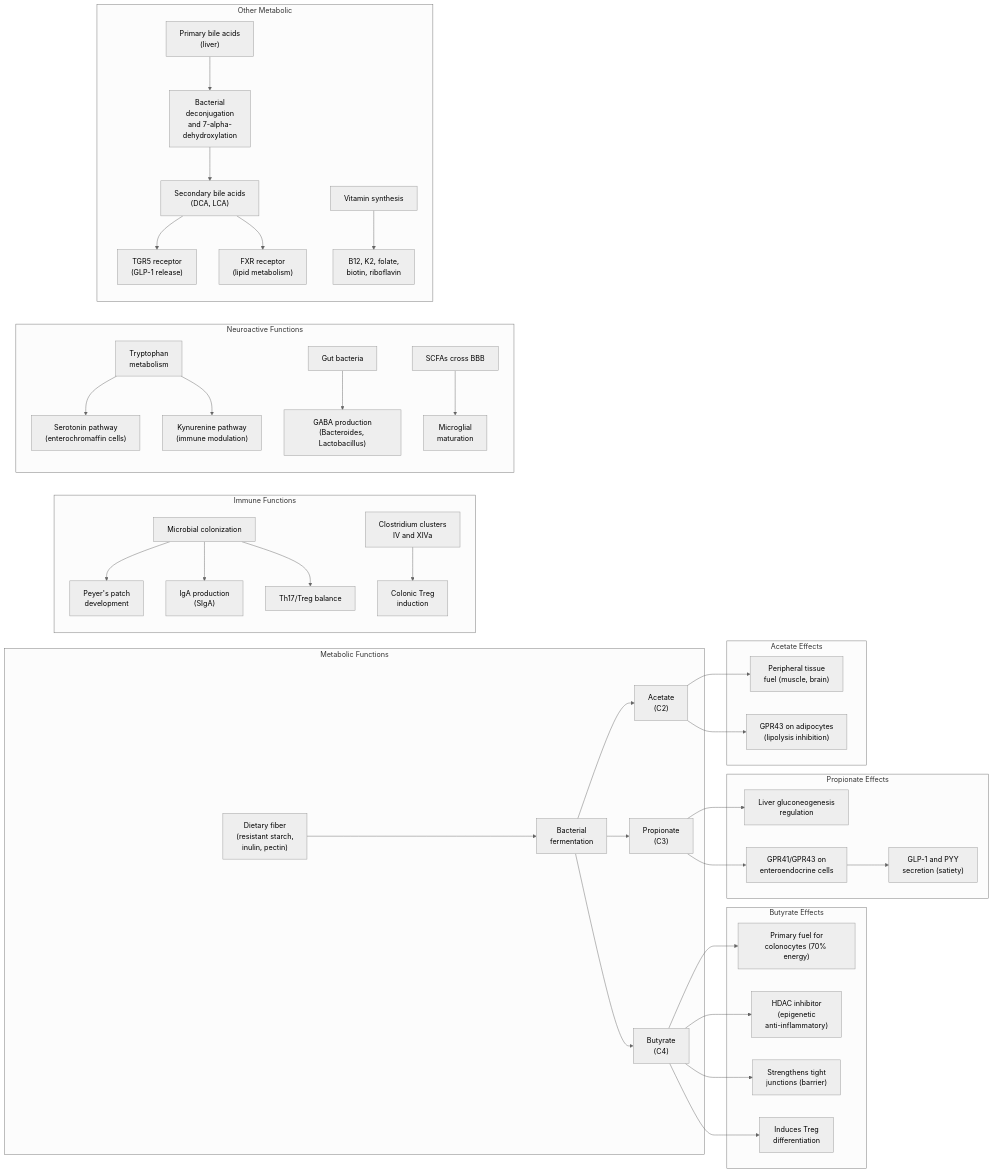
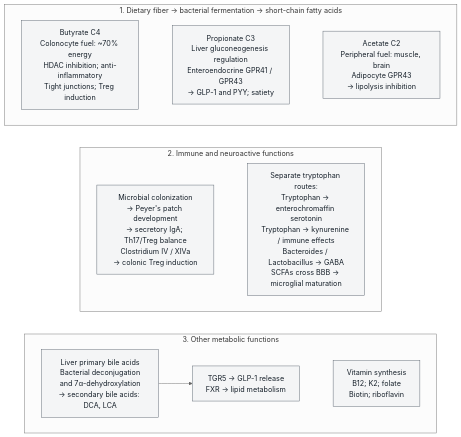
The second of 4 diagrams in docs/manuscript/unit_VII/microbial_ecology.md (docxology/biology_textbook), drawn with Mermaid (neutral theme) before and after one commit. The commit also changed other lines of this file and 41 other files, not shown here.

````diff
--- a/docs/manuscript/unit_VII/microbial_ecology.md
+++ b/docs/manuscript/unit_VII/microbial_ecology.md
@@ -421,49 +421,28 @@
 ```mermaid
-graph LR
-    subgraph "Metabolic Functions"
-        A["Dietary fiber\n(resistant starch,\ninulin, pectin)"] --> B["Bacterial\nfermentation"]
-        B --> C["Butyrate\n(C4)"]
-        B --> D["Propionate\n(C3)"]
-        B --> E["Acetate\n(C2)"]
+---
+config:
+  layout: dagre
+---
+flowchart TB
+    subgraph SCFA["1. Dietary fiber → bacterial fermentation → short-chain fatty acids"]
+        direction LR
+        BUT["Butyrate C4<br/>Colonocyte fuel: ~70% energy<br/>HDAC inhibition; anti-inflammatory<br/>Tight junctions; Treg induction"]
+        PROP["Propionate C3<br/>Liver gluconeogenesis regulation<br/>Enteroendocrine GPR41 / GPR43<br/>→ GLP-1 and PYY; satiety"]
+        ACE["Acetate C2<br/>Peripheral fuel: muscle, brain<br/>Adipocyte GPR43<br/>→ lipolysis inhibition"]
+        BUT ~~~ PROP ~~~ ACE
     end
-
-    subgraph "Butyrate Effects"
-        C --> F["Primary fuel for\ncolonocytes (70% energy)"]
-        C --> G["HDAC inhibitor\n(epigenetic\nanti-inflammatory)"]
-        C --> H["Strengthens tight\njunctions (barrier)"]
-        C --> I["Induces Treg\ndifferentiation"]
+    subgraph IMMUNE["2. Immune and neuroactive functions"]
+        direction LR
+        IMM["Microbial colonization<br/>→ Peyer's patch development<br/>→ secretory IgA; Th17/Treg balance<br/>Clostridium IV / XIVa<br/>→ colonic Treg induction"]
+        NEURO["Separate tryptophan routes:<br/>Tryptophan → enterochromaffin serotonin<br/>Tryptophan → kynurenine / immune effects<br/>Bacteroides / Lactobacillus → GABA<br/>SCFAs cross BBB → microglial maturation"]
+        IMM ~~~ NEURO
     end
-
-    subgraph "Propionate Effects"
-        D --> J["Liver gluconeogenesis\nregulation"]
-        D --> K["GPR41/GPR43 on\nenteroendocrine cells"]
-        K --> L["GLP-1 and PYY\nsecretion (satiety)"]
+    subgraph OTHER["3. Other metabolic functions"]
+        direction LR
+        BILE["Liver primary bile acids<br/>Bacterial deconjugation<br/>and 7α-dehydroxylation<br/>→ secondary bile acids: DCA, LCA"] --> REC["TGR5 → GLP-1 release<br/>FXR → lipid metabolism"]
+        VIT["Vitamin synthesis<br/>B12; K2; folate<br/>Biotin; riboflavin"]
+        REC ~~~ VIT
     end
-
-    subgraph "Acetate Effects"
-        E --> M["Peripheral tissue\nfuel (muscle, brain)"]
-        E --> N["GPR43 on adipocytes\n(lipolysis inhibition)"]
-    end
-
-    subgraph "Immune Functions"
-        O["Microbial colonization"] --> P["Peyer's patch\ndevelopment"]
-        O --> Q["IgA production\n(SIgA)"]
-        O --> R["Th17/Treg balance"]
-        S["Clostridium clusters\nIV and XIVa"] --> T["Colonic Treg\ninduction"]
-    end
-
-    subgraph "Neuroactive Functions"
-        U["Tryptophan\nmetabolism"] --> V["Serotonin pathway\n(enterochromaffin cells)"]
-        U --> W["Kynurenine pathway\n(immune modulation)"]
-        X["Gut bacteria"] --> Y["GABA production\n(Bacteroides, Lactobacillus)"]
-        Z["SCFAs cross BBB"] --> AA["Microglial\nmaturation"]
-    end
-
-    subgraph "Other Metabolic"
-        BB["Primary bile acids\n(liver)"] --> CC["Bacterial\ndeconjugation\nand 7-alpha-\ndehydroxylation"]
-        CC --> DD["Secondary bile acids\n(DCA, LCA)"]
-        DD --> EE["TGR5 receptor\n(GLP-1 release)"]
-        DD --> FF["FXR receptor\n(lipid metabolism)"]
-        GG["Vitamin synthesis"] --> HH["B12, K2, folate,\nbiotin, riboflavin"]
-    end
+    SCFA ~~~ IMMUNE ~~~ OTHER
+    classDef default fill:#f4f5f6,stroke:#59636e,color:#17212b
 ```
````
